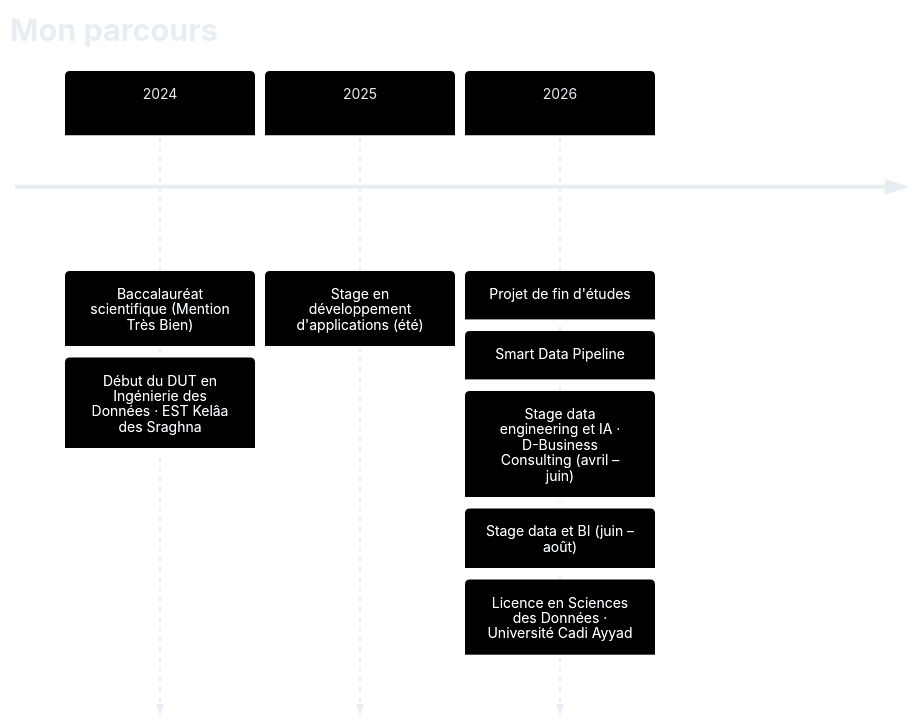
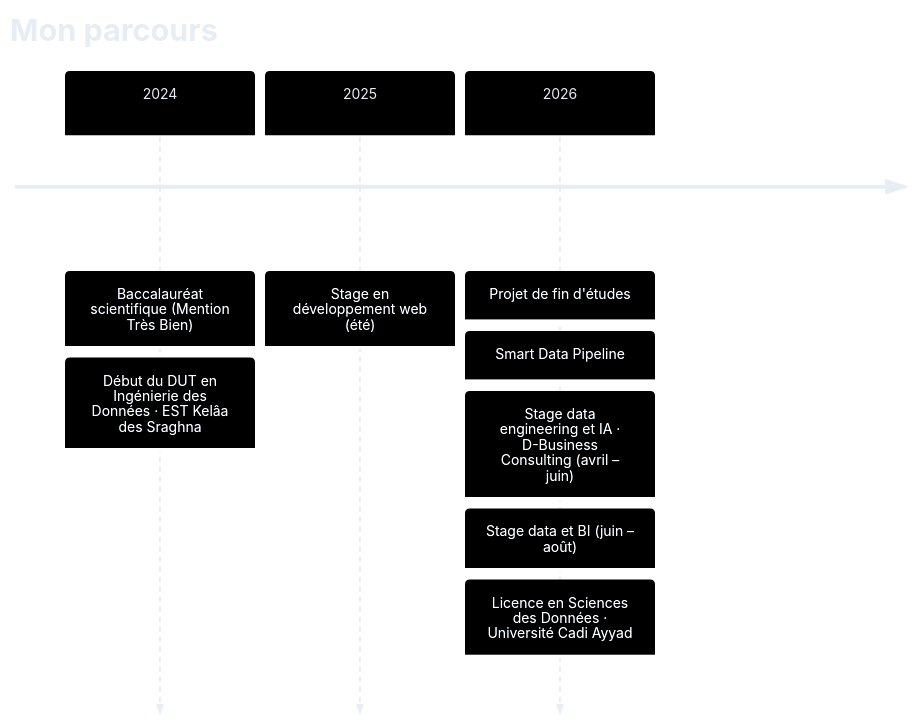
Before and after one commit to Samah-boudallaa/Samah-boudallaa: the diagram in README.fr.md, drawn with Mermaid. The commit also changed other lines of this file, not shown here.

````diff
--- a/README.fr.md
+++ b/README.fr.md
@@ -296,12 +312,12 @@
 ```mermaid
 %%{init: {"theme":"base","themeVariables":{"primaryColor":"#1c1730","primaryTextColor":"#e6edf3","primaryBorderColor":"#7c3aed","lineColor":"#a371f7","secondaryColor":"#1c1730","tertiaryColor":"#0d1117","fontSize":"14px"}}}%%
 timeline
     title Mon parcours
     2024 : Baccalauréat scientifique (Mention Très Bien)
          : Début du DUT en Ingénierie des Données · EST Kelâa des Sraghna
-    2025 : Stage en développement d'applications (été)
+    2025 : Stage en développement web (été)
     2026 : Projet de fin d'études : Smart Data Pipeline
          : Stage data engineering et IA · D-Business Consulting (avril – juin)
          : Stage data et BI (juin – août)
          : Licence en Sciences des Données · Université Cadi Ayyad
 ```
````
